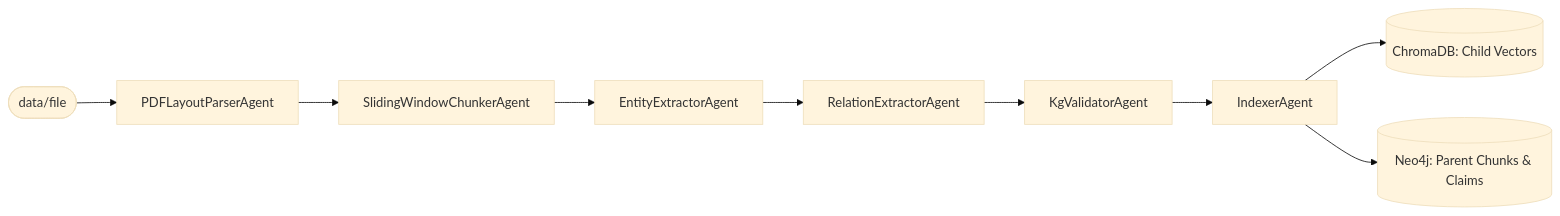
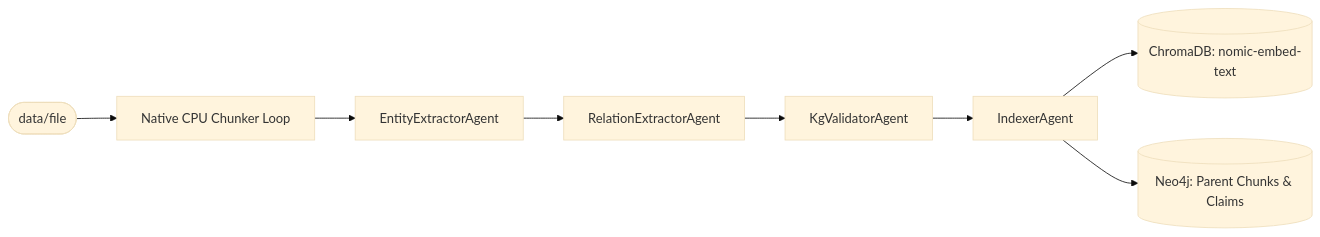
Before and after one commit to ranapratapmajee/nexusmind-adk: the second of 2 diagrams in README.md, drawn with Mermaid (base theme). The commit also changed other lines of this file and 9 other files, not shown here.

````diff
--- a/README.md
+++ b/README.md
@@ -151,12 +153,11 @@
 ```mermaid
 graph LR
-    Start([data/file]) --> Parser[PDFLayoutParserAgent]
-    Parser --> Chunker[SlidingWindowChunkerAgent]
+    Start([data/file]) --> Chunker[Native CPU Chunker Loop]
     Chunker --> EntityExt[EntityExtractorAgent]
     EntityExt --> RelExt[RelationExtractorAgent]
     RelExt --> KGVal[KgValidatorAgent]
     KGVal --> Indexer[IndexerAgent]
-    Indexer --> Chroma[(ChromaDB: Child Vectors)]
+    Indexer --> Chroma[(ChromaDB: nomic-embed-text)]
     Indexer --> Neo4j[(Neo4j: Parent Chunks & Claims)]
 
 ```
````
